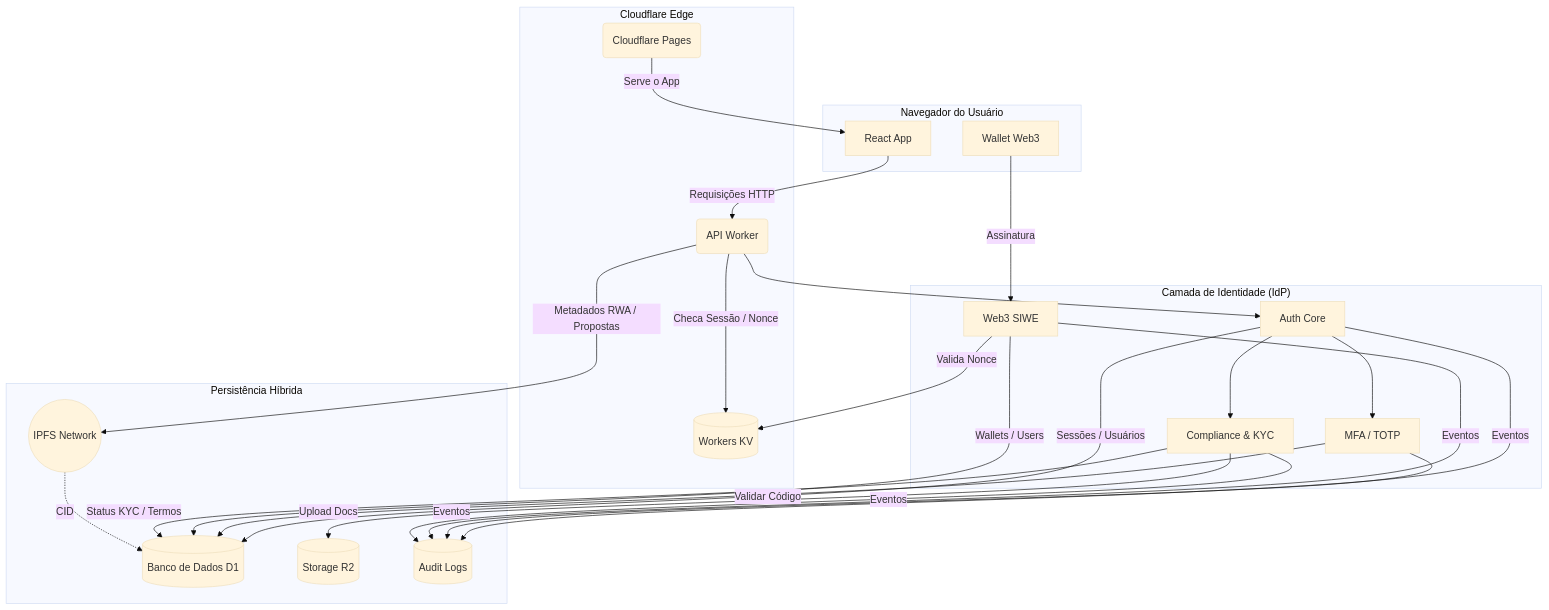
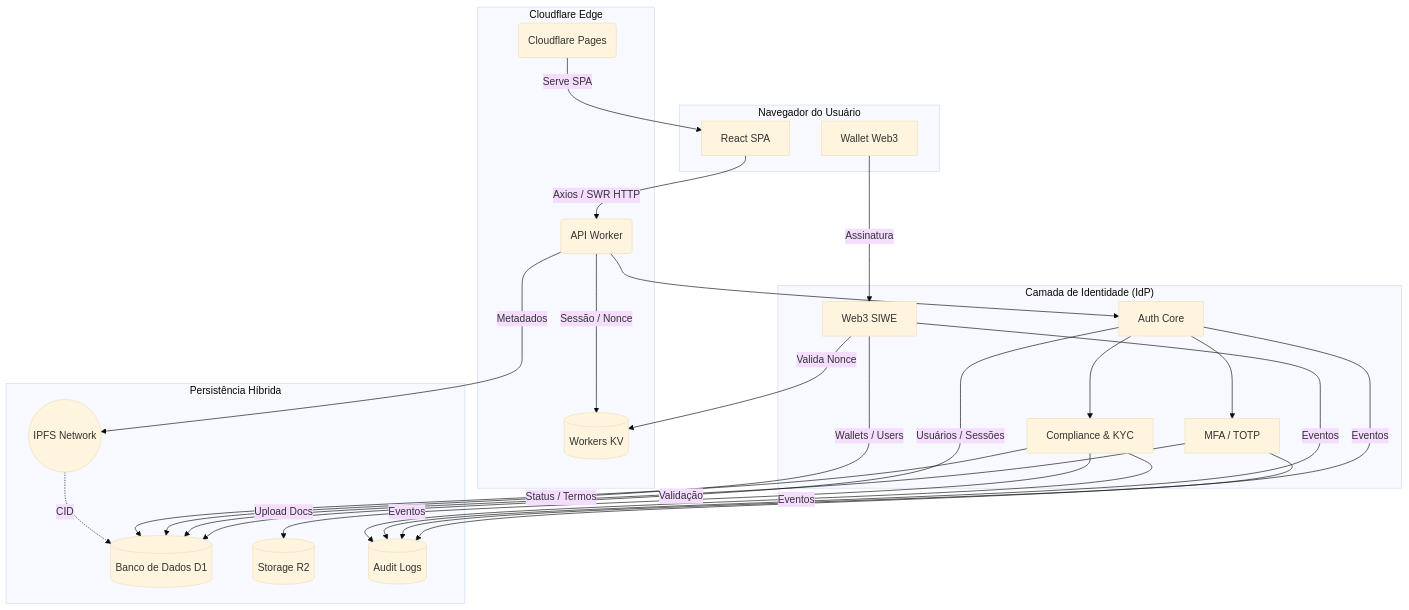
The diagram in README.md (ASPPIBRA-DAO/Gov-System), drawn with Mermaid (base theme) before and after one commit. The commit also changed other lines of this file, not shown here.

````diff
--- a/README.md
+++ b/README.md
@@ -59,68 +180,58 @@
 ```mermaid
 graph TD
 subgraph "Navegador do Usuário"
-A[React App]
+A[React SPA]
 W[Wallet Web3]
 end
-
 
 subgraph "Cloudflare Edge"
 B(Cloudflare Pages)
 C(API Worker)
 K[(Workers KV)]
 end
-
 
 subgraph "Camada de Identidade (IdP)"
 C1[Auth Core]
 C2[MFA / TOTP]
 C3[Web3 SIWE]
 C4[Compliance & KYC]
 end
 
-
 subgraph "Persistência Híbrida"
 D[(Banco de Dados D1)]
 E[(Storage R2)]
 I((IPFS Network))
 F[(Audit Logs)]
 end
 
-
 %% Fluxo principal
-B -- Serve o App --> A
-A -- Requisições HTTP --> C
-C -- Checa Sessão / Nonce --> K
+B -- Serve SPA --> A
+A -- Axios / SWR HTTP --> C
+C -- Sessão / Nonce --> K
 C --> C1
 
-
 %% Auth & Segurança
-C1 -- Sessões / Usuários --> D
+C1 -- Usuários / Sessões --> D
 C1 -- Eventos --> F
-
 
 %% MFA
 C1 --> C2
-C2 -- Validar Código --> D
+C2 -- Validação --> D
 C2 -- Eventos --> F
-
 
 %% Web3
 W -- Assinatura --> C3
 C3 -- Valida Nonce --> K
 C3 -- Wallets / Users --> D
 C3 -- Eventos --> F
 
-
 %% Compliance
 C1 --> C4
-C4 -- Status KYC / Termos --> D
+C4 -- Status / Termos --> D
 C4 -- Upload Docs --> E
 C4 -- Eventos --> F
 
-
-%% RWA & DAO (Imutabilidade)
-C -- Metadados RWA / Propostas --> I
+%% RWA & DAO
+C -- Metadados --> I
 I -. CID .-> D
-
 ```
````
